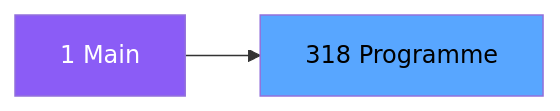
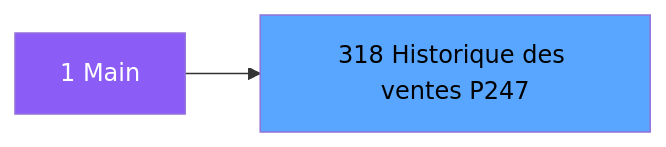
Before and after one commit to thonyAGP/magic-migration: the second of 3 diagrams in .openspec/specs/ADH-IDE-318.md, drawn with Mermaid. The commit also changed other lines of this file and 323 other files, not shown here.

````diff
--- a/.openspec/specs/ADH-IDE-318.md
+++ b/.openspec/specs/ADH-IDE-318.md
@@ -119,8 +145,8 @@
 ```mermaid
 graph LR
     M[1 Main]
-    T[318 Programme]
+    T[318 Historique des ventes P247]
     M --> T
     style M fill:#8b5cf6,color:#fff
     style T fill:#58a6ff,color:#000
 ```
````
